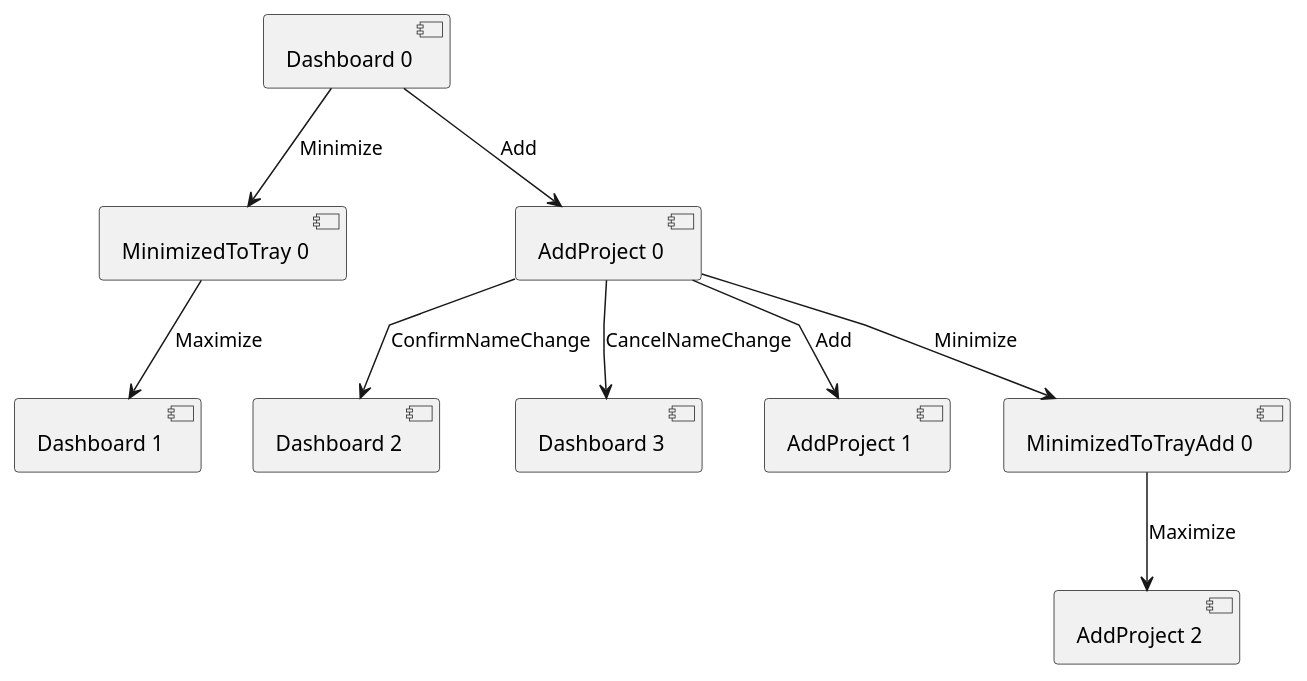
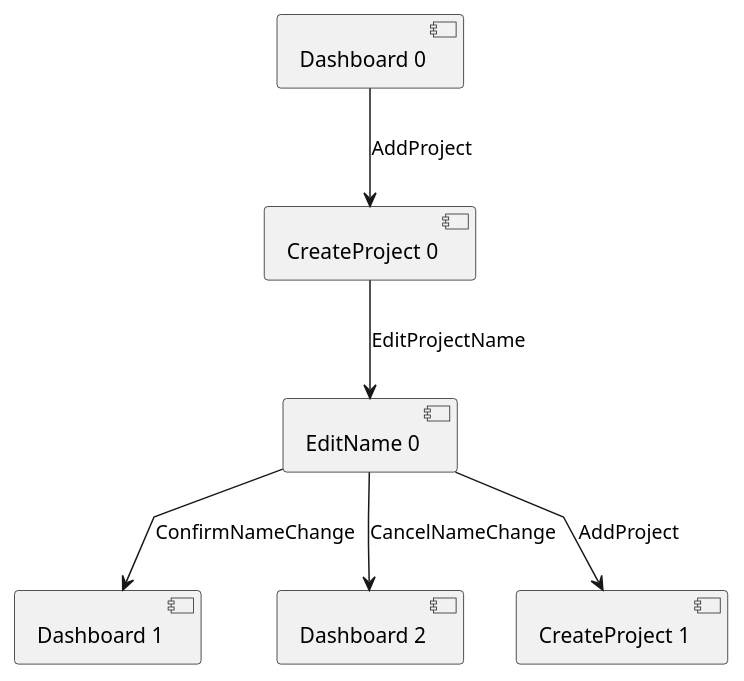
Before and after one commit to JoaoCostaIFG/tvvs: the diagram in assignments/4_model_based_testing/transition_trees/transition_tree_1.puml, drawn with PlantUML. The commit also changed 1 other file, not shown here.

```diff
--- a/assignments/4_model_based_testing/transition_trees/transition_tree_1.puml
+++ b/assignments/4_model_based_testing/transition_trees/transition_tree_1.puml
@@ -1,16 +1,12 @@
 @startuml
 skinparam linetype polyline
 
-[Dashboard 0] -d-> [MinimizedToTray 0] : Minimize
-[Dashboard 0] -d-> [AddProject 0] : Add
+[Dashboard 0] -d-> [CreateProject 0] : AddProject
 
-[MinimizedToTray 0] -d-> [Dashboard 1] : Maximize
+[CreateProject 0] -d-> [EditName 0] : EditProjectName
 
-[AddProject 0] -d-> [Dashboard 2] : ConfirmNameChange
-[AddProject 0] -d-> [Dashboard 3] : CancelNameChange
-[AddProject 0] -d-> [AddProject 1] : Add
-[AddProject 0] -d-> [MinimizedToTrayAdd 0] : Minimize
-
-[MinimizedToTrayAdd 0] -d-> [AddProject 2] : Maximize
+[EditName 0] -d-> [Dashboard 1] : ConfirmNameChange
+[EditName 0] -d-> [Dashboard 2] : CancelNameChange
+[EditName 0] -d-> [CreateProject 1] : AddProject
 
 @enduml
```
